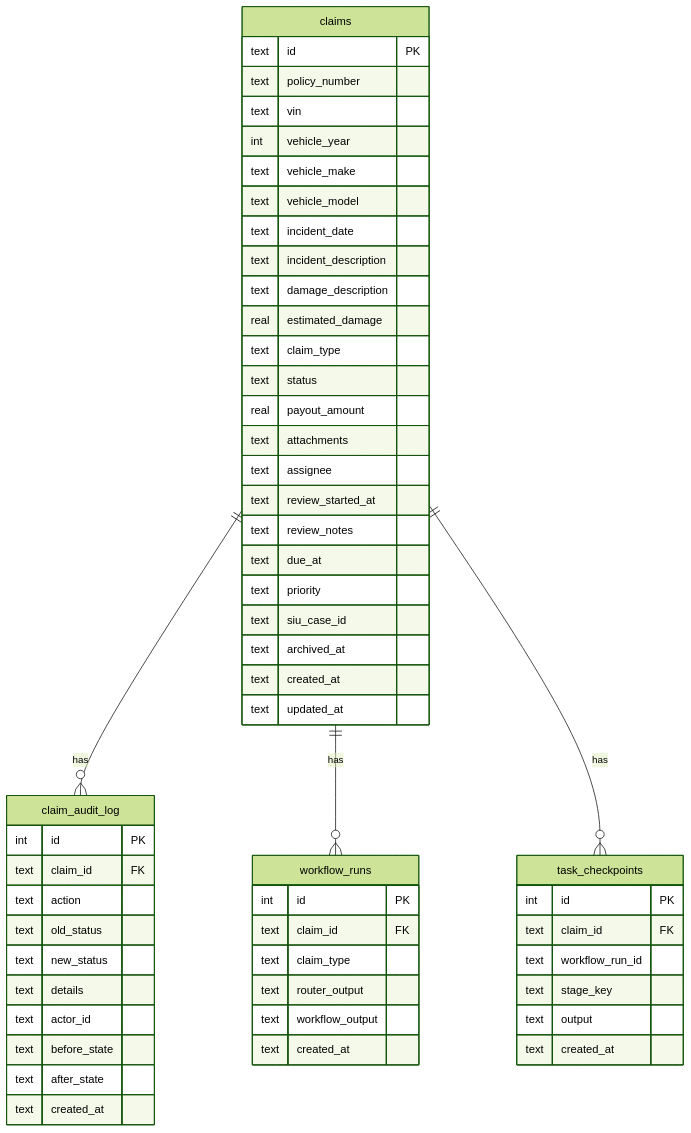
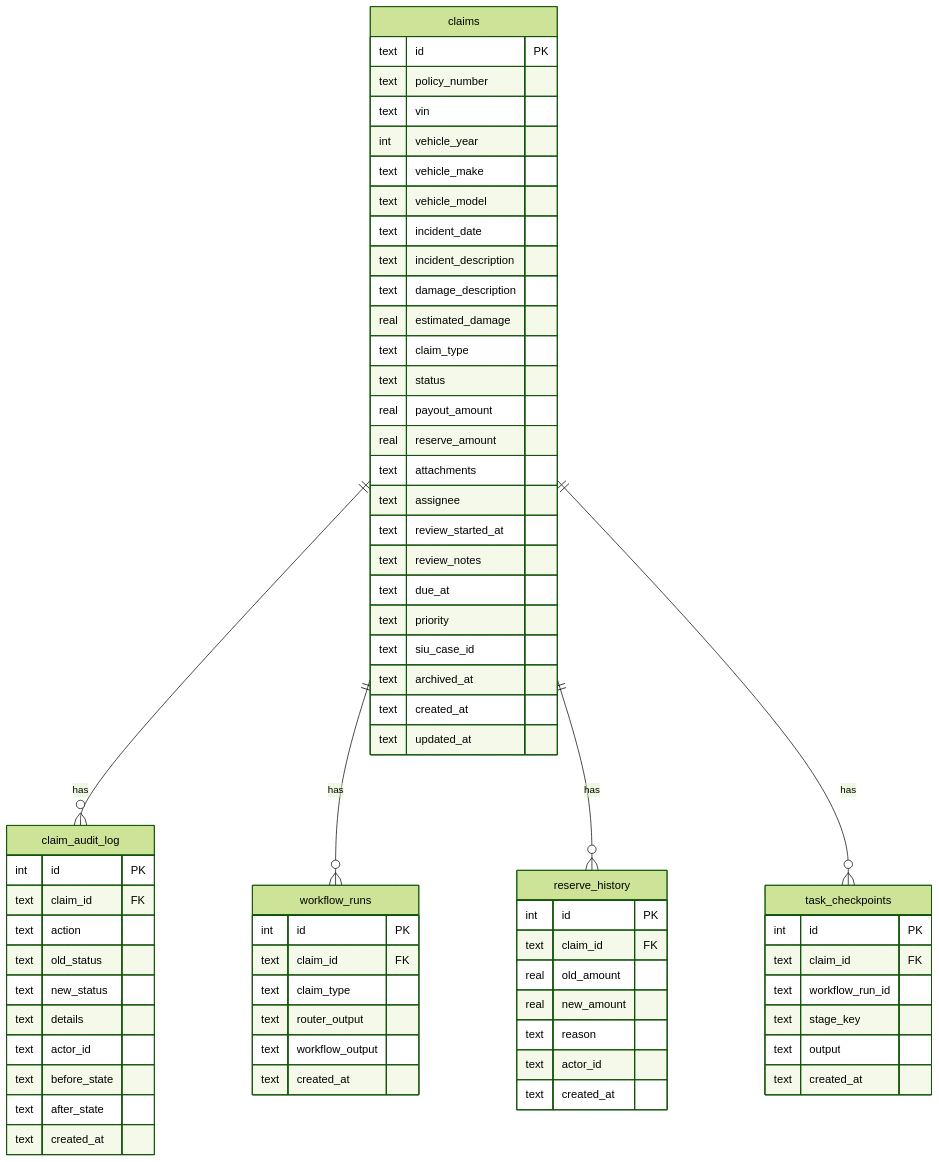
The first of 2 diagrams in docs/database.md (csmangum/auto-agent), drawn with Mermaid (forest theme) before and after one commit. The commit also changed other lines of this file and 17 other files, not shown here.

````diff
--- a/docs/database.md
+++ b/docs/database.md
@@ -29,64 +29,76 @@
 ```mermaid
 erDiagram
     claims ||--o{ claim_audit_log : "has"
     claims ||--o{ workflow_runs : "has"
+    claims ||--o{ reserve_history : "has"
     
     claims {
         text id PK
         text policy_number
         text vin
         int vehicle_year
         text vehicle_make
         text vehicle_model
         text incident_date
         text incident_description
         text damage_description
         real estimated_damage
         text claim_type
         text status
         real payout_amount
+        real reserve_amount
         text attachments
         text assignee
         text review_started_at
         text review_notes
         text due_at
         text priority
         text siu_case_id
         text archived_at
         text created_at
         text updated_at
     }
     
     claims ||--o{ task_checkpoints : "has"
     
     claim_audit_log {
         int id PK
         text claim_id FK
         text action
         text old_status
         text new_status
         text details
         text actor_id
         text before_state
         text after_state
         text created_at
     }
     
+    reserve_history {
+        int id PK
+        text claim_id FK
+        real old_amount
+        real new_amount
+        text reason
+        text actor_id
+        text created_at
+    }
+    
     workflow_runs {
         int id PK
         text claim_id FK
         text claim_type
         text router_output
         text workflow_output
         text created_at
     }
     
     task_checkpoints {
         int id PK
         text claim_id FK
         text workflow_run_id
         text stage_key
         text output
         text created_at
     }
 ```
````
